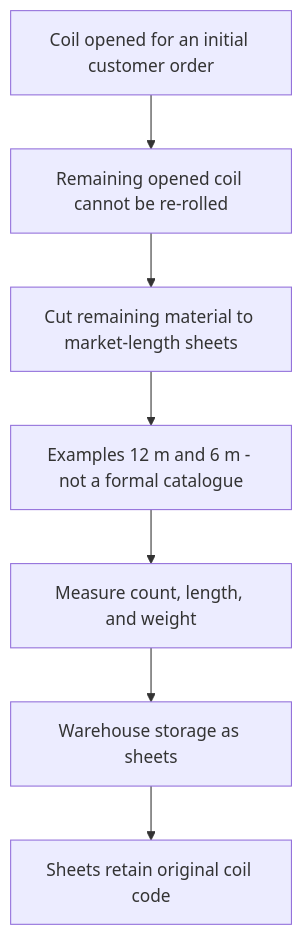
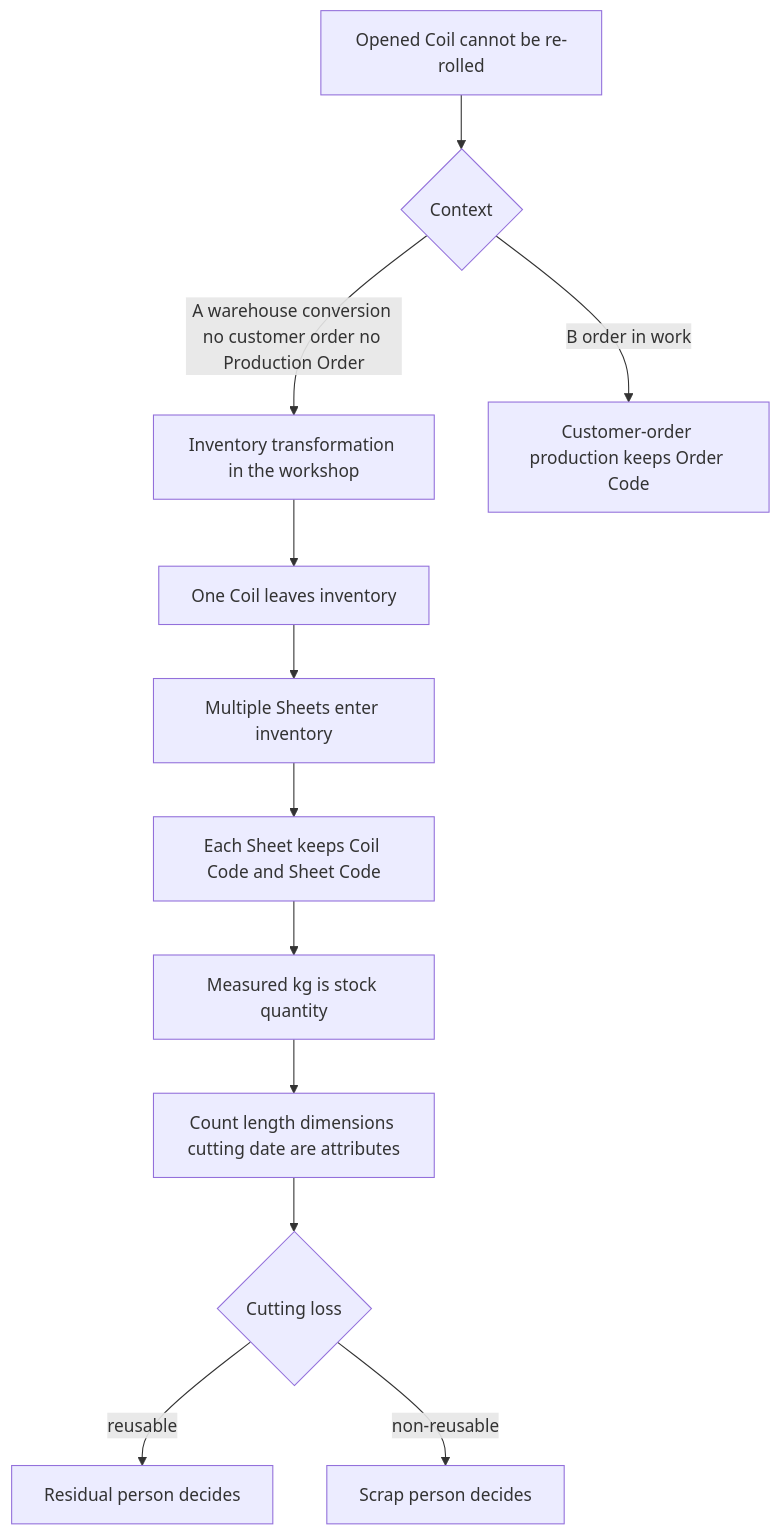
One commit to sohrab-phd/ERP changed the fourth of 5 diagrams in docs/02-domain-business-architecture/PROCESS_MAPS_AS_IS_TO_BE.md. Above: the diagram before and after it, drawn with Mermaid. The commit also changed other lines of this file and 24 other files, not shown here.

````diff
--- a/docs/02-domain-business-architecture/PROCESS_MAPS_AS_IS_TO_BE.md
+++ b/docs/02-domain-business-architecture/PROCESS_MAPS_AS_IS_TO_BE.md
@@ -259,9 +361,14 @@
 ```mermaid
 flowchart TD
-  A[Coil opened for an initial customer order] --> B[Remaining opened coil cannot be re-rolled]
-  B --> C[Cut remaining material to market-length sheets]
-  C --> D[Examples 12 m and 6 m - not a formal catalogue]
-  D --> E[Measure count, length, and weight]
-  E --> F[Warehouse storage as sheets]
-  F --> G[Sheets retain original coil code]
+  A[Opened Coil cannot be re-rolled] --> B{Context}
+  B -->|A warehouse conversion no customer order no Production Order| C[Inventory transformation in the workshop]
+  B -->|B order in work| D[Customer-order production keeps Order Code]
+  C --> E[One Coil leaves inventory]
+  E --> F[Multiple Sheets enter inventory]
+  F --> G[Each Sheet keeps Coil Code and Sheet Code]
+  G --> H[Measured kg is stock quantity]
+  H --> I[Count length dimensions cutting date are attributes]
+  I --> J{Cutting loss}
+  J -->|reusable| K[Residual person decides]
+  J -->|non-reusable| L[Scrap person decides]
 ```
````
